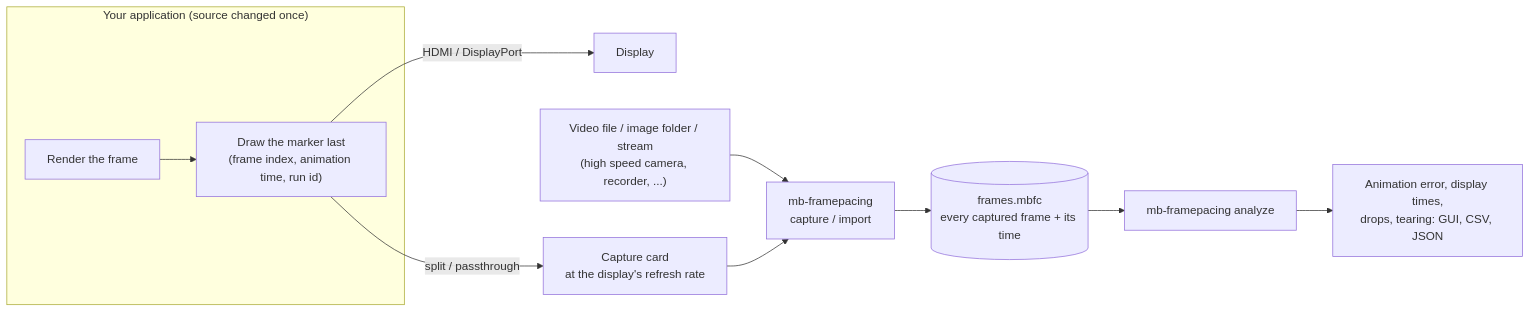
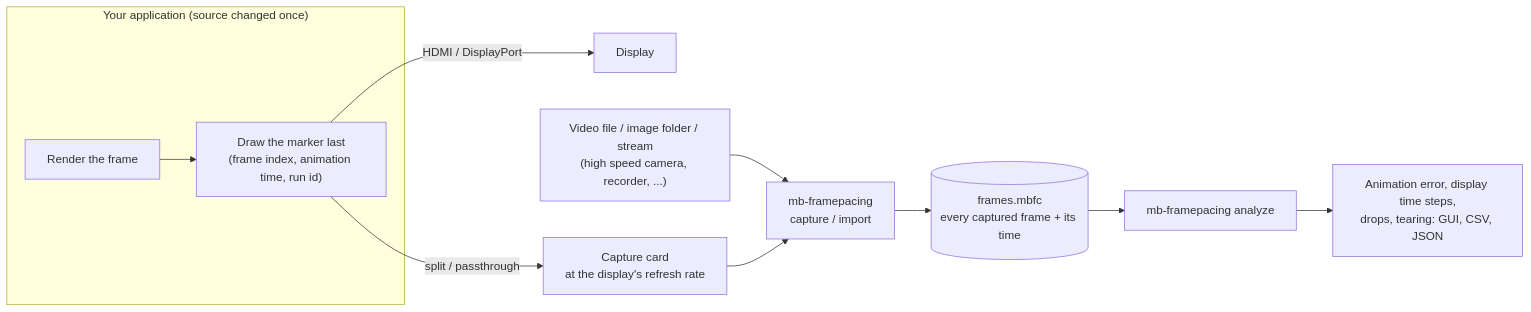
The first of 4 diagrams in README.md (Unarmed1000/mb-framepacing), drawn with Mermaid before and after one commit. The commit also changed other lines of this file and 33 other files, not shown here.

Commit message:
Vocabulary: display time step for how long a frame stayed on screen (after mb-framepacing-explained), display time for the moment it appeared; GUI, CLI, charts and chart files (display-time-step-histogram), docs and doc images

````diff
--- a/README.md
+++ b/README.md
@@ -93,13 +93,13 @@
 ```mermaid
 flowchart LR
     subgraph app["Your application (source changed once)"]
         A[Render the frame] --> B["Draw the marker last<br/>(frame index, animation time, run id)"]
     end
     B -->|HDMI / DisplayPort| C[Display]
     B -->|split / passthrough| D["Capture card<br/>at the display's refresh rate"]
     V["Video file / image folder / stream<br/>(high speed camera, recorder, ...)"] --> E
     D --> E["mb-framepacing<br/>capture / import"]
     E --> F[("frames.mbfc<br/>every captured frame + its time")]
     F --> G["mb-framepacing analyze"]
-    G --> H["Animation error, display times,<br/>drops, tearing: GUI, CSV, JSON"]
+    G --> H["Animation error, display time steps,<br/>drops, tearing: GUI, CSV, JSON"]
 ```
````
